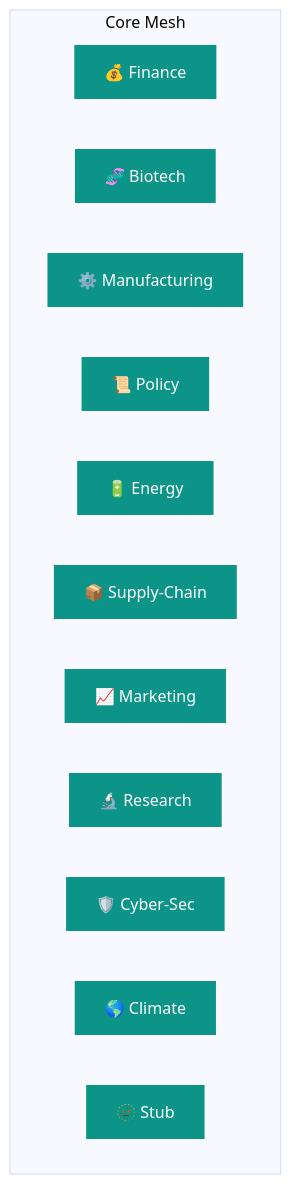
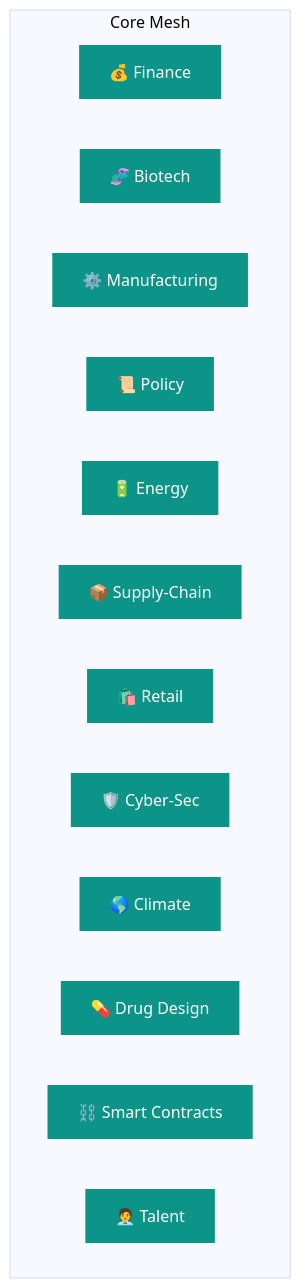
Before and after one commit to vishalbelsare/AGI-Alpha-Agent-v0: the first of 2 diagrams in alpha_factory_v1/backend/agents/README.md, drawn with Mermaid (base theme). The commit also changed other lines of this file, not shown here.

````diff
--- a/alpha_factory_v1/backend/agents/README.md
+++ b/alpha_factory_v1/backend/agents/README.md
@@ -40,18 +43,19 @@
 ```mermaid
 graph TD
   subgraph Core Mesh
     finance["💰 Finance"]
     biotech["🧬 Biotech"]
     manufacturing["⚙️ Manufacturing"]
     policy["📜 Policy"]
     energy["🔋 Energy"]
     supplychain["📦 Supply‑Chain"]
-    marketing["📈 Marketing"]
-    research["🔬 Research"]
+    retail["🛍️ Retail"]
     cyber["🛡️ Cyber‑Sec"]
     climate["🌎 Climate"]
-    stub["🫥 Stub"]
+    drug["💊 Drug Design"]
+    smartcontract["⛓️ Smart Contracts"]
+    talent["🧑‍💼 Talent"]
   end
   classDef core fill:#0d9488,color:#ffffff,stroke-width:0px;
-  class finance,biotech,manufacturing,policy,energy,supplychain,marketing,research,cyber,climate,stub core;
+  class finance,biotech,manufacturing,policy,energy,supplychain,retail,cyber,climate,drug,smartcontract,talent core;
 ```
````
